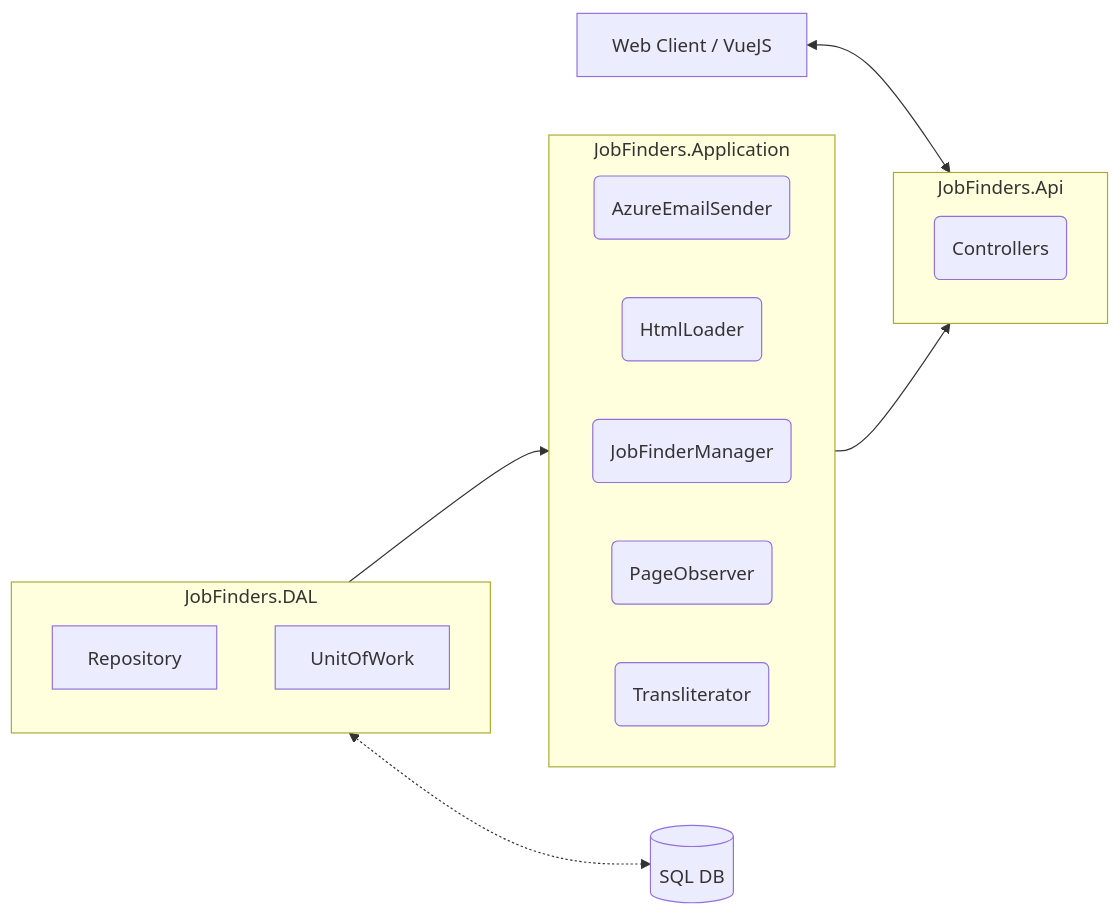
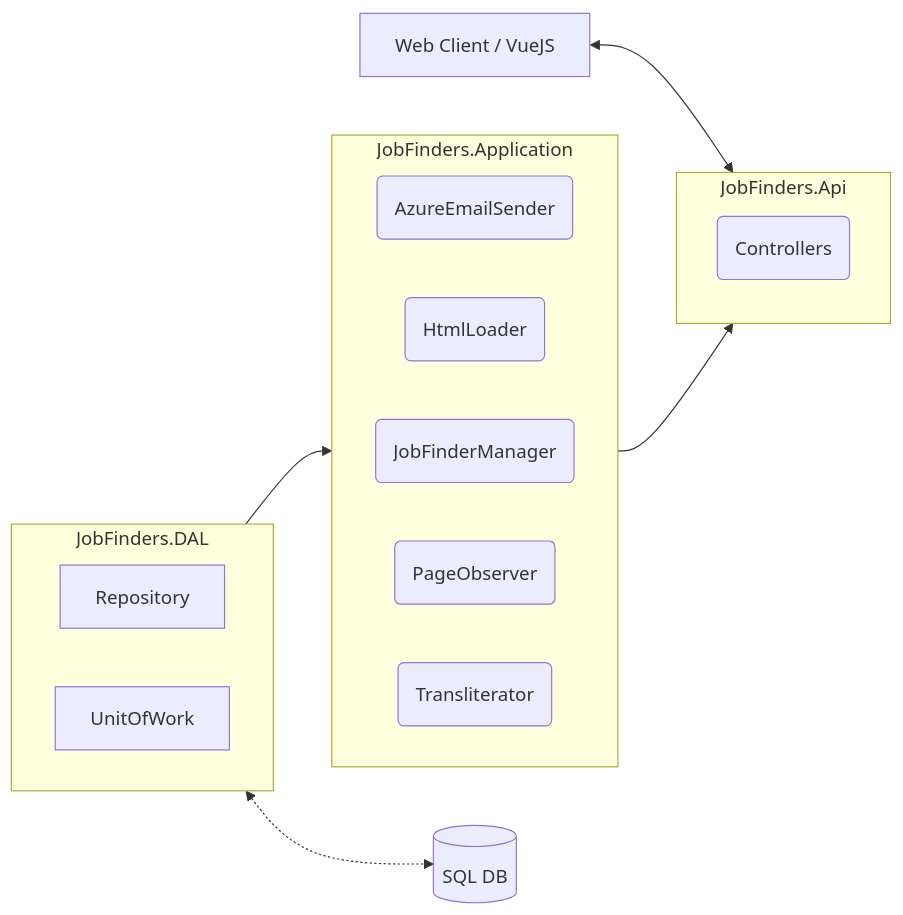
One commit to DarthVader666666/JobFinder changed the diagram in README.md. Above: the diagram before and after it, drawn with Mermaid.

````diff
--- a/README.md
+++ b/README.md
@@ -1,27 +1,28 @@
 ```mermaid
 flowchart LR
   subgraph API[JobFinders.Api]
     Controllers(Controllers)
   end
 
   Client[Web Client / VueJS] <--> API
 
   subgraph Application[JobFinders.Application]
     direction LR
     AzureEmailSender(AzureEmailSender)
     HtmlLoader(HtmlLoader)
     JobFinderManager(JobFinderManager)    
     PageObserver(PageObserver)
     Transliterator(Transliterator)
   end
 
   subgraph DAL[JobFinders.DAL]
+    direction LR
     Repository[Repository]
     UOW[UnitOfWork]
   end
 
   DAL --> Application
   Application --> API
 
   DAL <-.-> DB[(SQL DB)]
 ```
````
